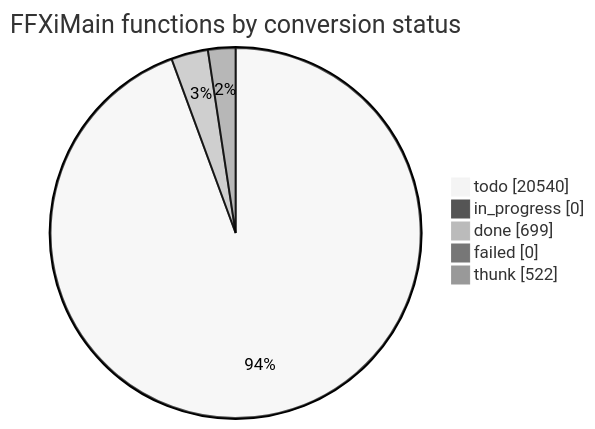
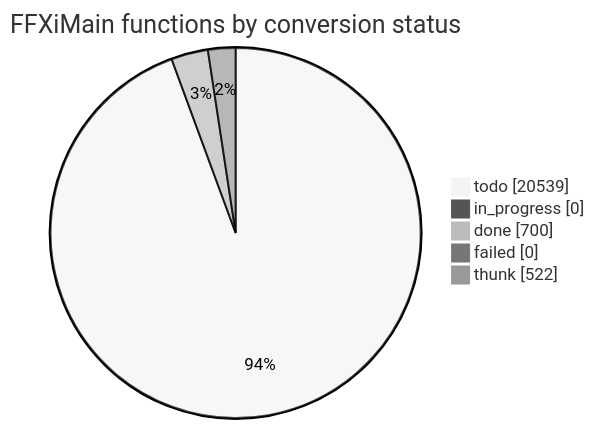
One commit to cowrevenge/cow_kuluu_xi_anything changed the diagram in docs/cow/STATUS.md. Above: the diagram before and after it, drawn with Mermaid (neutral theme). The commit also changed other lines of this file and 9 other files, not shown here.

````diff
--- a/docs/cow/STATUS.md
+++ b/docs/cow/STATUS.md
@@ -18,9 +18,9 @@
 ```mermaid
 pie showData
     title FFXiMain functions by conversion status
-    "todo" : 20540
+    "todo" : 20539
     "in_progress" : 0
-    "done" : 699
+    "done" : 700
     "failed" : 0
     "thunk" : 522
 ```
````
